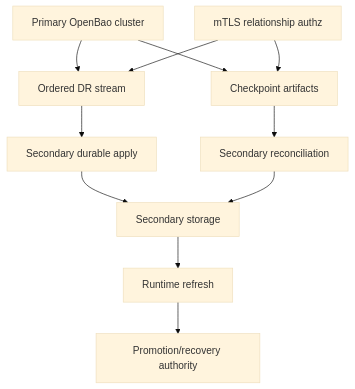
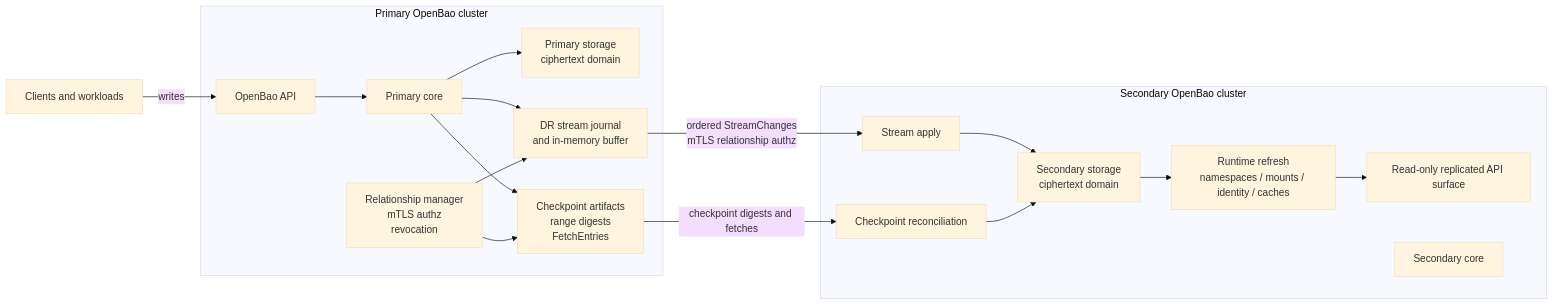
Before and after one commit to adfinis/openbao: the diagram in RFC_DR_Replication.md, drawn with Mermaid (base theme). The commit also changed 5 other files, not shown here.

Commit message:
docs(dr): add replication design diagrams

````diff
--- a/RFC_DR_Replication.md
+++ b/RFC_DR_Replication.md
@@ -161,13 +161,37 @@
 ```mermaid
-flowchart TD
-    P["Primary OpenBao cluster"] --> S["Ordered DR stream"]
-    P --> C["Checkpoint artifacts"]
-    S --> A["Secondary durable apply"]
-    C --> R["Secondary reconciliation"]
-    A --> ST["Secondary storage"]
-    R --> ST
-    T["mTLS relationship authz"] --> S
-    T --> C
-    ST --> RR["Runtime refresh"]
-    RR --> F["Promotion/recovery authority"]
+flowchart LR
+    Client["Clients and workloads"]
+
+    subgraph Primary["Primary OpenBao cluster"]
+        PAPI["OpenBao API"]
+        PCore["Primary core"]
+        PStorage["Primary storage<br/>ciphertext domain"]
+        PJournal["DR stream journal<br/>and in-memory buffer"]
+        PCheckpoint["Checkpoint artifacts<br/>range digests<br/>FetchEntries"]
+        PRel["Relationship manager<br/>mTLS authz<br/>revocation"]
+    end
+
+    subgraph Secondary["Secondary OpenBao cluster"]
+        SAPI["Read-only replicated API surface"]
+        SCore["Secondary core"]
+        SStorage["Secondary storage<br/>ciphertext domain"]
+        SApply["Stream apply"]
+        SRecon["Checkpoint reconciliation"]
+        SRuntime["Runtime refresh<br/>namespaces / mounts / identity / caches"]
+    end
+
+    Client -->|"writes"| PAPI
+    PAPI --> PCore
+    PCore --> PStorage
+    PCore --> PJournal
+    PCore --> PCheckpoint
+    PRel --> PJournal
+    PRel --> PCheckpoint
+
+    PJournal -->|"ordered StreamChanges<br/>mTLS relationship authz"| SApply
+    PCheckpoint -->|"checkpoint digests and fetches"| SRecon
+    SApply --> SStorage
+    SRecon --> SStorage
+    SStorage --> SRuntime
+    SRuntime --> SAPI
 ```
````
